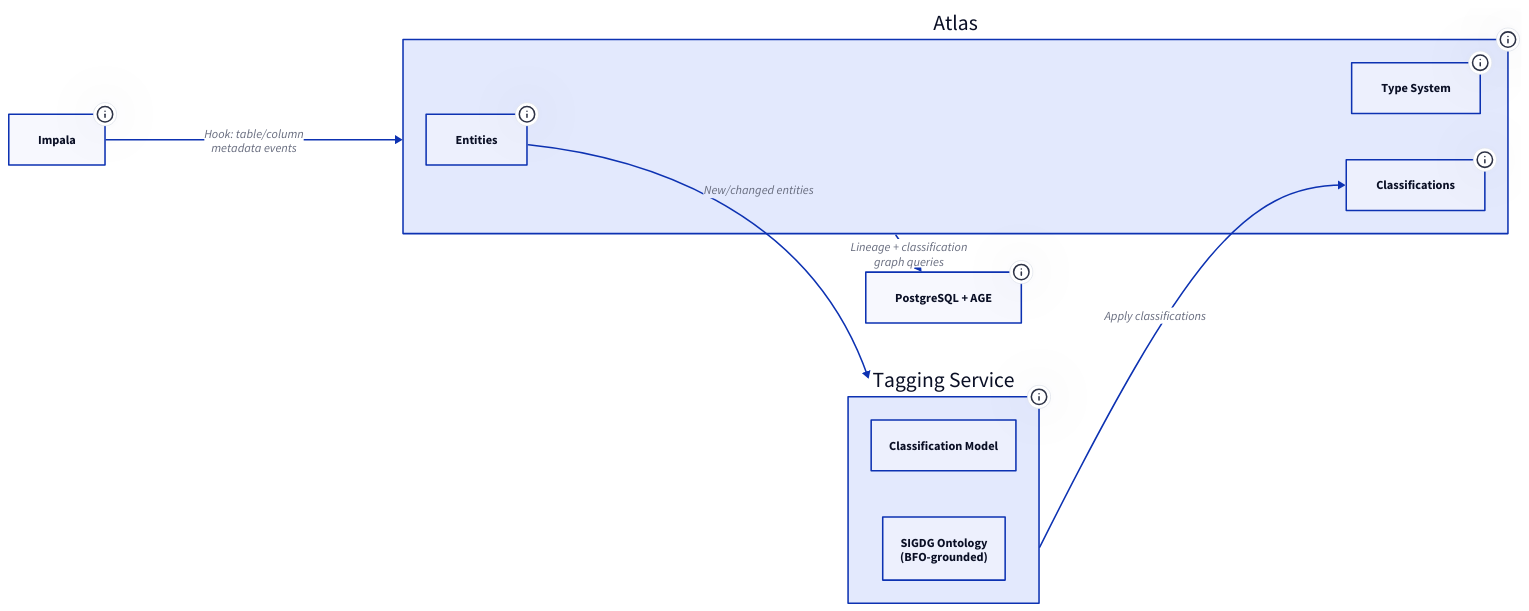
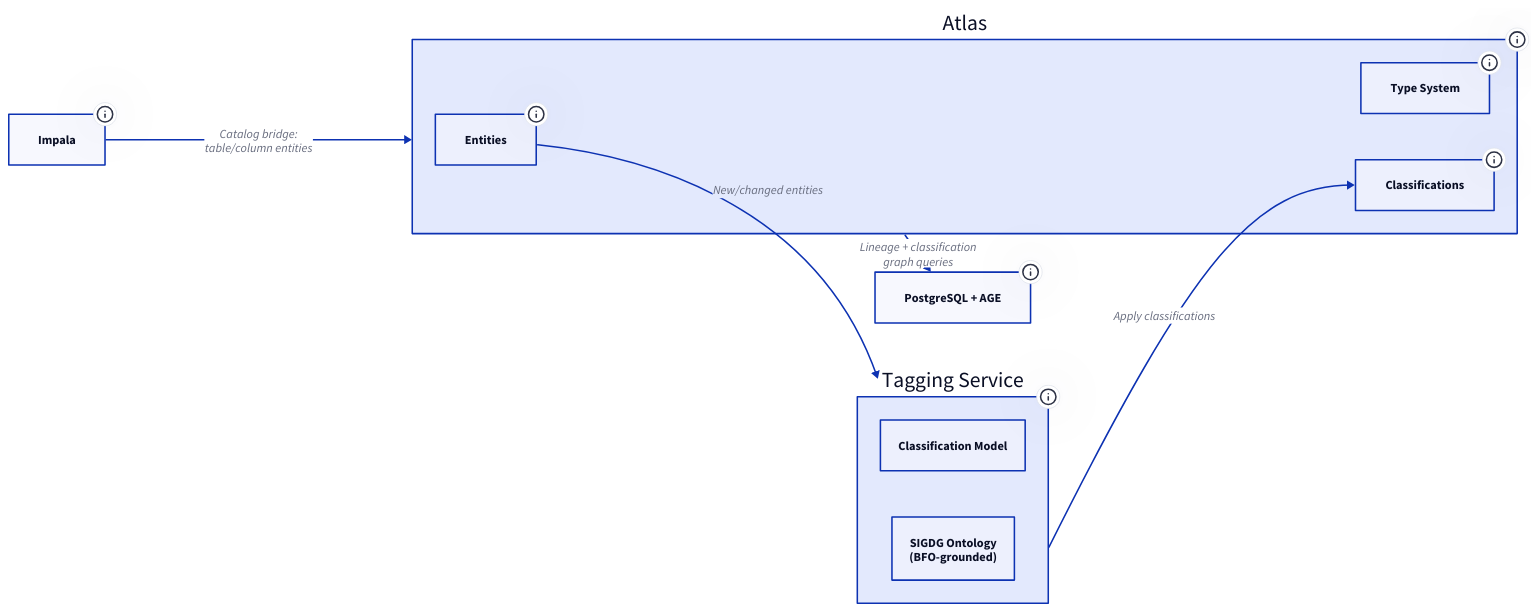
One commit to weathership/signals changed the diagram in docs/current/src/architecture/meta-tagging.md. Above: the diagram before and after it, drawn with D2. The commit also changed other lines of this file and 11 other files, not shown here.

First line of the commit message:
Update docs for catalog bridge, entity type roadmap, and work notes

````diff
--- a/docs/current/src/architecture/meta-tagging.md
+++ b/docs/current/src/architecture/meta-tagging.md
@@ -7,29 +7,29 @@
 ```d2
 direction: right
 
 impala: Impala {
   tooltip: "SQL engine\nCreates Kudu + Iceberg tables"
 }
 
 atlas: Atlas {
   tooltip: "Metadata catalog\nPort 21000"
   types: Type System {tooltip: "Entity types, classifications"}
   entities: Entities {tooltip: "Tables, columns, databases"}
   tags: Classifications {tooltip: "BFO-grounded governance tags"}
 }
 
 tagger: Tagging Service {
   tooltip: "AI/ML classifier\nAnnotates entities with SIGDG ontology"
   model: Classification Model
   vocab: "SIGDG Ontology\n(BFO-grounded)"
 }
 
 pg: PostgreSQL + AGE {
   tooltip: "Graph queries on metadata relationships"
 }
 
-impala -> atlas: "Hook: table/column\nmetadata events"
+impala -> atlas: "Catalog bridge:\ntable/column entities"
 atlas.entities -> tagger: "New/changed entities"
 tagger -> atlas.tags: "Apply classifications"
 atlas -> pg: "Lineage + classification\ngraph queries"
 ```
````
